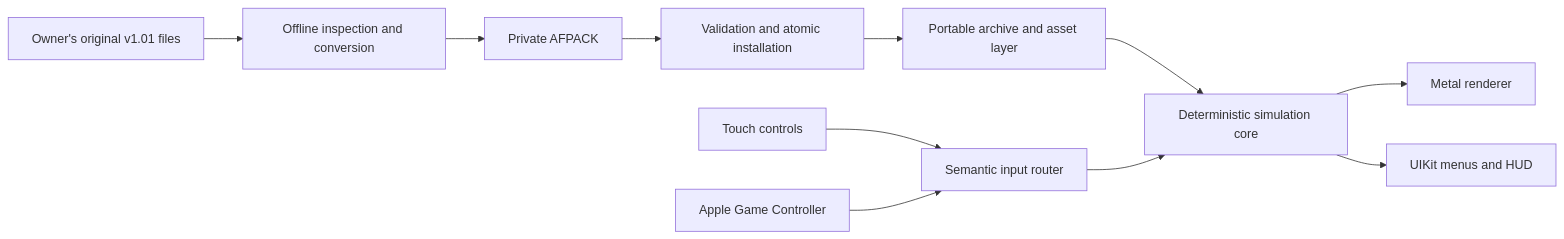
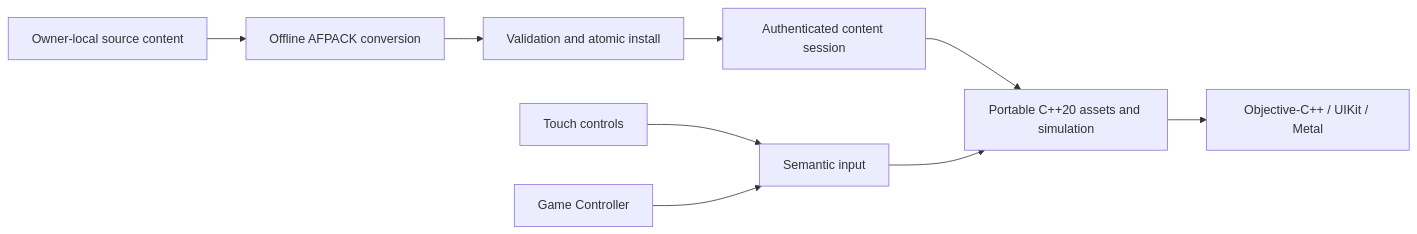
Before and after one commit to tryk016/airfix-dogfighter: the diagram in README.md, drawn with Mermaid. The commit also changed other lines of this file and 26 other files, not shown here.

````diff
--- a/README.md
+++ b/README.md
@@ -222,13 +108,11 @@
 ```mermaid
 flowchart LR
-    O["Owner's original v1.01 files"] --> C["Offline inspection and conversion"]
-    C --> P["Private AFPACK"]
-    P --> V["Validation and atomic installation"]
-    V --> A["Portable archive and asset layer"]
-    A --> S["Deterministic simulation core"]
-    S --> R["Metal renderer"]
-    S --> U["UIKit menus and HUD"]
-    T["Touch controls"] --> I["Semantic input router"]
-    G["Apple Game Controller"] --> I
-    I --> S
+    A["Owner-local source content"] --> B["Offline AFPACK conversion"]
+    B --> C["Validation and atomic install"]
+    C --> D["Authenticated content session"]
+    D --> E["Portable C++20 assets and simulation"]
+    T["Touch controls"] --> I["Semantic input"]
+    G["Game Controller"] --> I
+    I --> E
+    E --> M["Objective-C++ / UIKit / Metal"]
 ```
````
